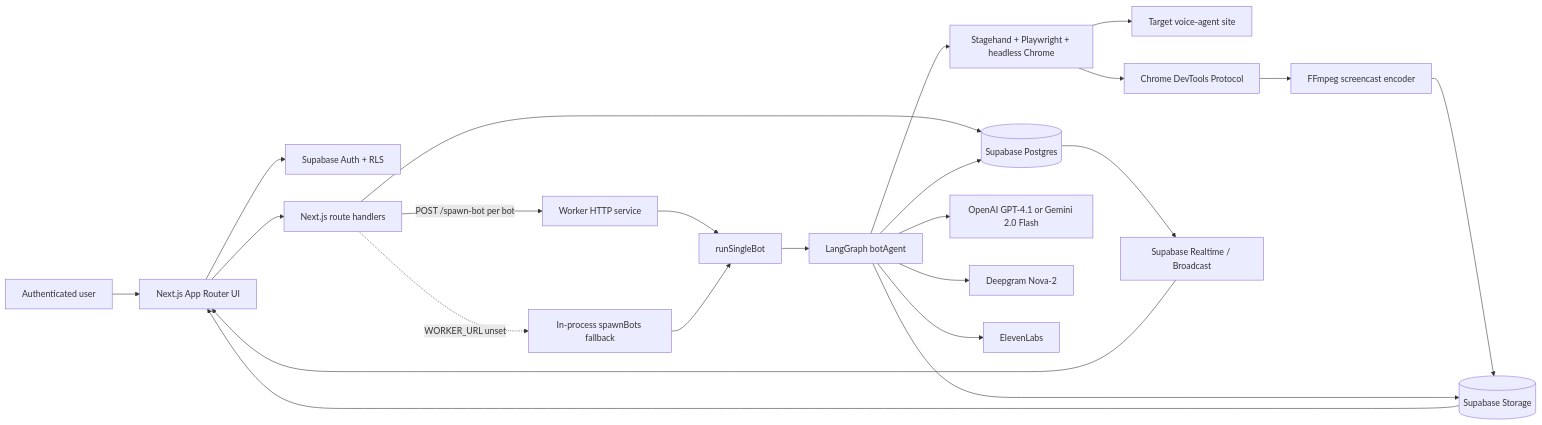
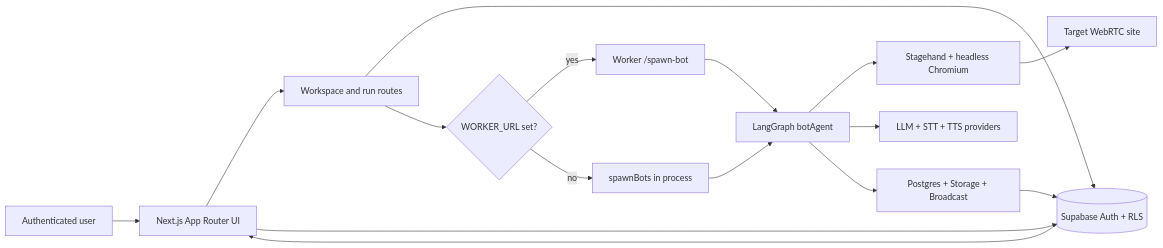
Before and after one commit to thrns/tracebox: the first of 4 diagrams in README.md, drawn with Mermaid. The commit also changed other lines of this file and 2 other files, not shown here.

````diff
--- a/README.md
+++ b/README.md
@@ -20,29 +23,20 @@
 ```mermaid
 flowchart LR
-    U[Authenticated user] --> UI[Next.js App Router UI]
-    UI --> AUTH[Supabase Auth + RLS]
-    UI --> API[Next.js route handlers]
+  USER[Authenticated user] --> UI[Next.js App Router UI]
+  UI --> API[Workspace and run routes]
+  UI --> SUPA[(Supabase Auth + RLS)]
+  API --> SUPA
+  API --> MODE{WORKER_URL set?}
 
-    API --> DB[(Supabase Postgres)]
-    API -->|POST /spawn-bot per bot| W[Worker HTTP service]
-    API -.->|WORKER_URL unset| LOCAL[In-process spawnBots fallback]
+  MODE -->|yes| WORKER[Worker /spawn-bot]
+  MODE -->|no| LOCAL[spawnBots in process]
+  WORKER --> AGENT[LangGraph botAgent]
+  LOCAL --> AGENT
 
-    W --> RUN[runSingleBot]
-    LOCAL --> RUN
-    RUN --> GRAPH[LangGraph botAgent]
-
-    GRAPH --> BROWSER[Stagehand + Playwright + headless Chrome]
-    BROWSER --> WEB[Target voice-agent site]
-    GRAPH --> LLM[OpenAI GPT-4.1 or Gemini 2.0 Flash]
-    GRAPH --> STT[Deepgram Nova-2]
-    GRAPH --> TTS[ElevenLabs]
-    BROWSER --> CDP[Chrome DevTools Protocol]
-    CDP --> FFMPEG[FFmpeg screencast encoder]
-
-    GRAPH --> DB
-    FFMPEG --> STORAGE[(Supabase Storage)]
-    GRAPH --> STORAGE
-    DB --> RT[Supabase Realtime / Broadcast]
-    STORAGE --> UI
-    RT --> UI
+  AGENT --> BROWSER[Stagehand + headless Chromium]
+  BROWSER --> TARGET[Target WebRTC site]
+  AGENT --> VOICE[LLM + STT + TTS providers]
+  AGENT --> EVIDENCE[Postgres + Storage + Broadcast]
+  EVIDENCE --> SUPA
+  SUPA --> UI
 ```
````
